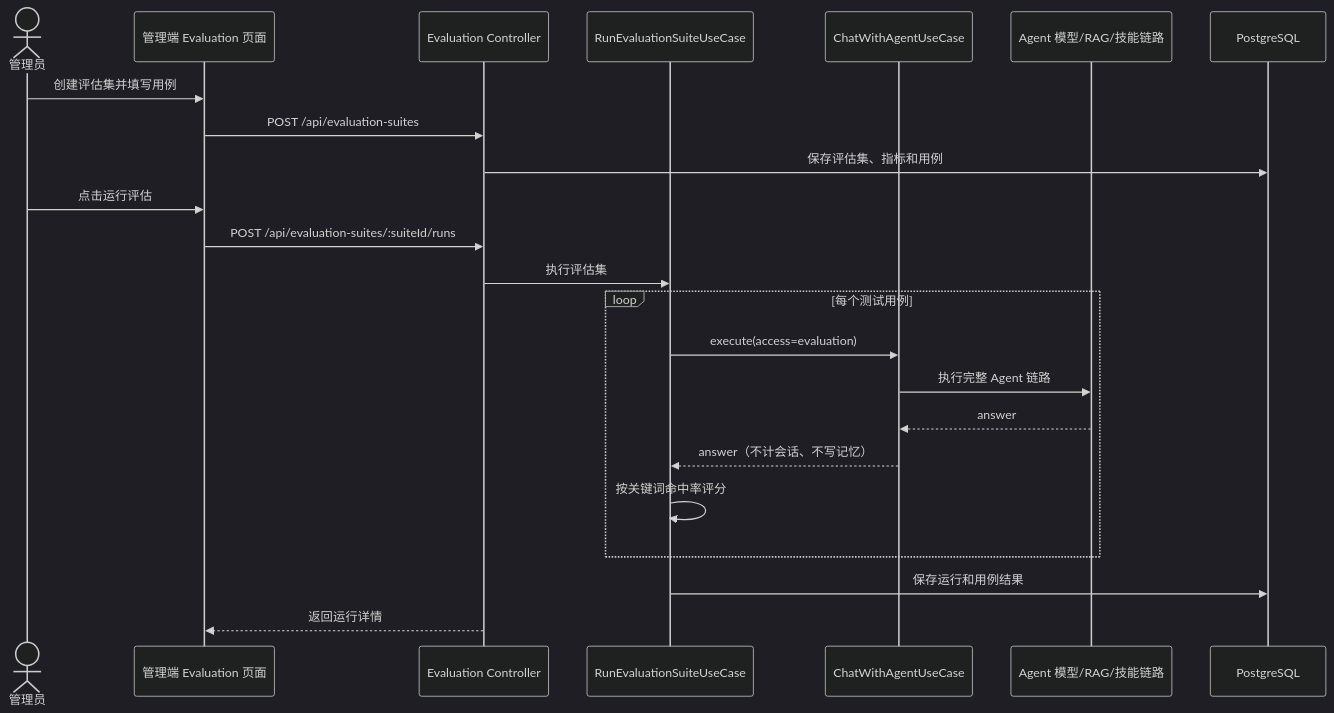
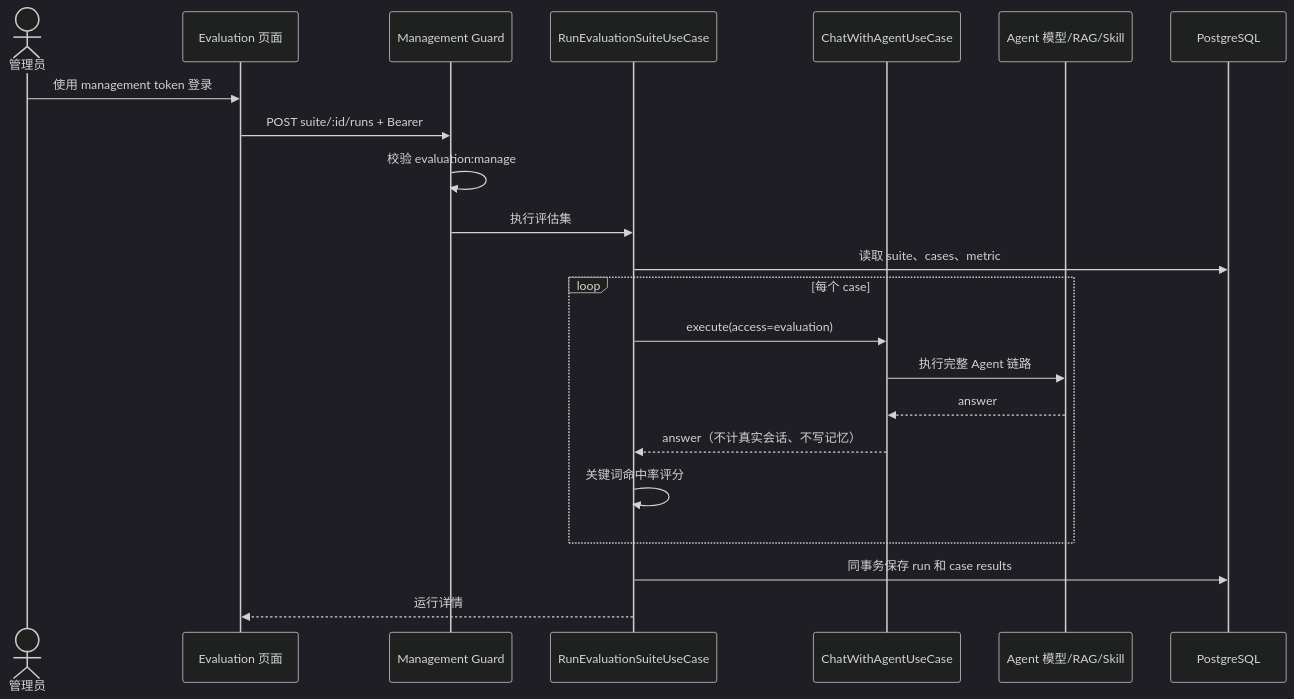
One commit to yiting001/agent changed the second of 5 diagrams in docs/modules/evaluation.md. Above: the diagram before and after it, drawn with Mermaid (dark theme). The commit also changed other lines of this file and 112 other files, not shown here.

````diff
--- a/docs/modules/evaluation.md
+++ b/docs/modules/evaluation.md
@@ -95,26 +110,25 @@
 ```mermaid
 sequenceDiagram
   actor Admin as 管理员
-  participant Web as 管理端 Evaluation 页面
-  participant API as Evaluation Controller
+  participant Web as Evaluation 页面
+  participant Guard as Management Guard
   participant UseCase as RunEvaluationSuiteUseCase
   participant Chat as ChatWithAgentUseCase
-  participant Model as Agent 模型/RAG/技能链路
+  participant Model as Agent 模型/RAG/Skill
   participant DB as PostgreSQL
 
-  Admin->>Web: 创建评估集并填写用例
-  Web->>API: POST /api/evaluation-suites
-  API->>DB: 保存评估集、指标和用例
-  Admin->>Web: 点击运行评估
-  Web->>API: POST /api/evaluation-suites/:suiteId/runs
-  API->>UseCase: 执行评估集
-  loop 每个测试用例
+  Admin->>Web: 使用 management token 登录
+  Web->>Guard: POST suite/:id/runs + Bearer
+  Guard->>Guard: 校验 evaluation:manage
+  Guard->>UseCase: 执行评估集
+  UseCase->>DB: 读取 suite、cases、metric
+  loop 每个 case
     UseCase->>Chat: execute(access=evaluation)
     Chat->>Model: 执行完整 Agent 链路
     Model-->>Chat: answer
-    Chat-->>UseCase: answer（不计会话、不写记忆）
-    UseCase->>UseCase: 按关键词命中率评分
+    Chat-->>UseCase: answer（不计真实会话、不写记忆）
+    UseCase->>UseCase: 关键词命中率评分
   end
-  UseCase->>DB: 保存运行和用例结果
-  API-->>Web: 返回运行详情
+  UseCase->>DB: 同事务保存 run 和 case results
+  UseCase-->>Web: 运行详情
 ```
````
